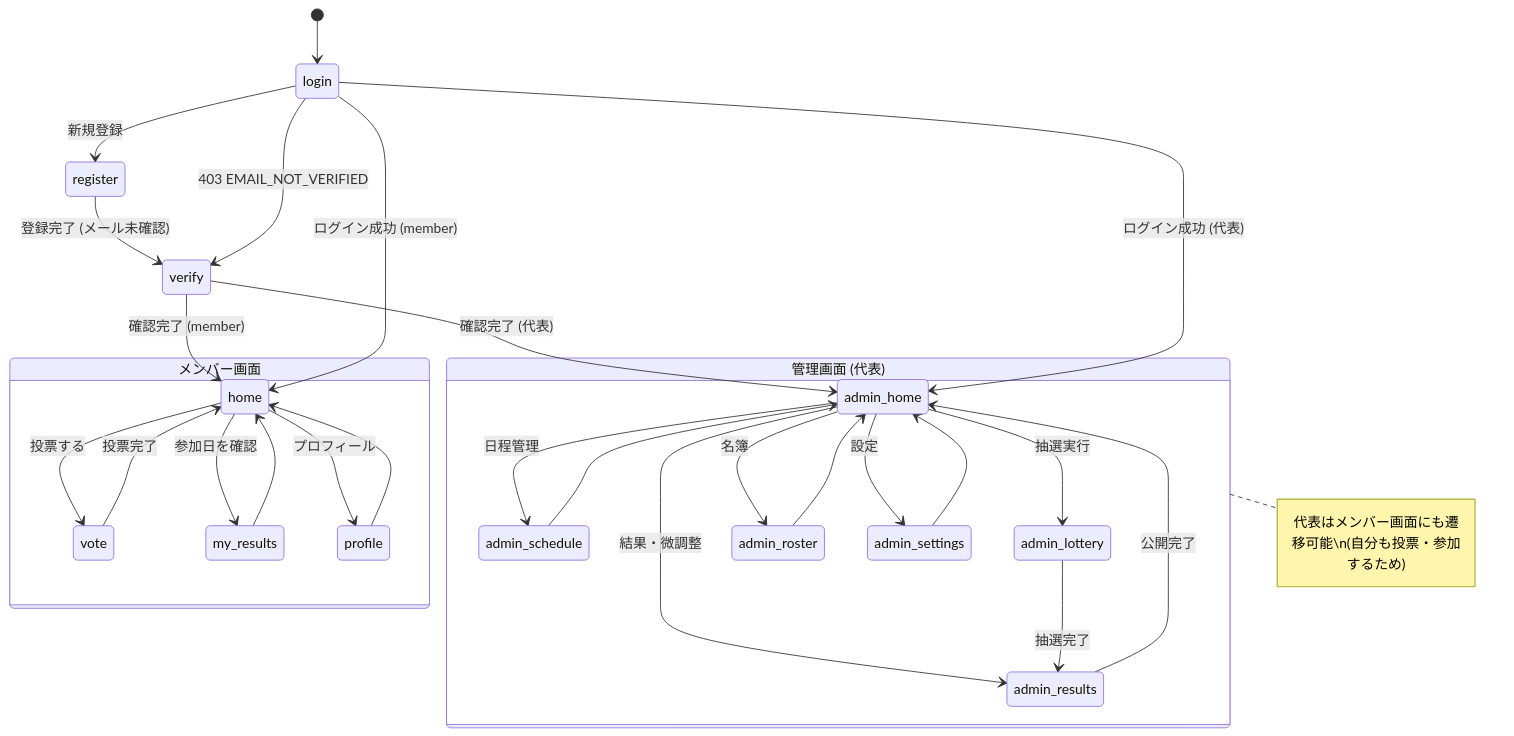
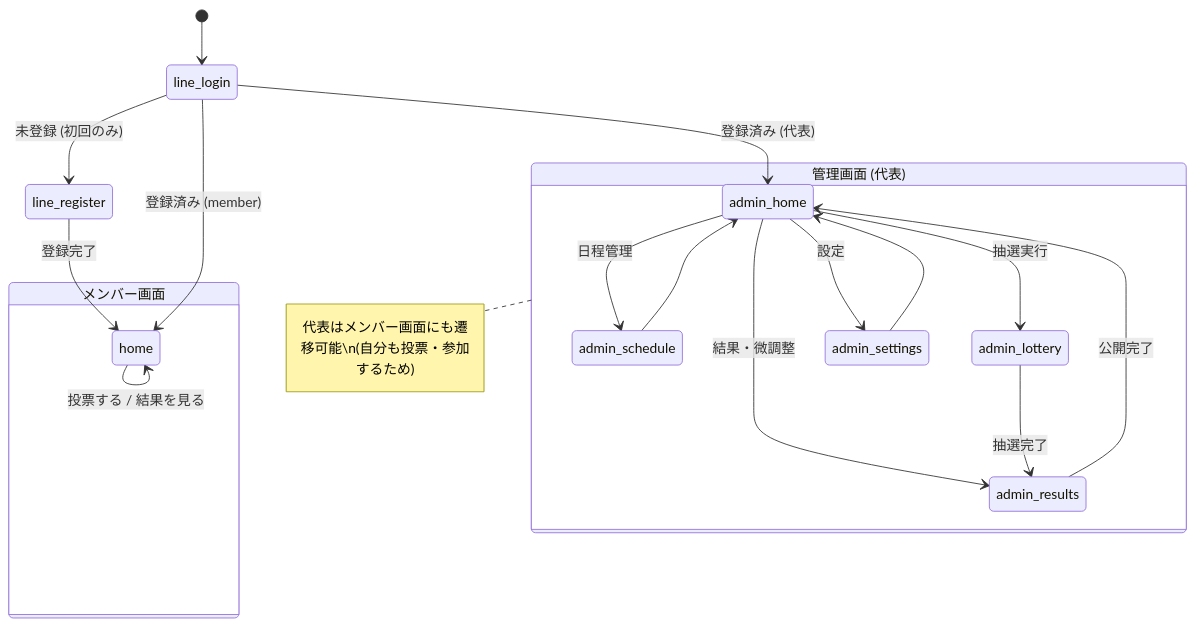
The diagram in specification/docs/ui-design/index.md (maruyama0124/lottery-system), drawn with Mermaid before and after one commit. The commit also changed other lines of this file and 52 other files, not shown here.

````diff
--- a/specification/docs/ui-design/index.md
+++ b/specification/docs/ui-design/index.md
@@ -43,35 +39,25 @@
 ```mermaid
 stateDiagram-v2
-    [*] --> login
-    login --> register: 新規登録
-    register --> verify: 登録完了 (メール未確認)
-    verify --> home: 確認完了 (member)
-    verify --> admin_home: 確認完了 (代表)
-    login --> verify: 403 EMAIL_NOT_VERIFIED
-    login --> home: ログイン成功 (member)
-    login --> admin_home: ログイン成功 (代表)
+    [*] --> line_login
+    line_login --> line_register: 未登録 (初回のみ)
+    line_register --> home: 登録完了
+    line_login --> home: 登録済み (member)
+    line_login --> admin_home: 登録済み (代表)
 
     state "メンバー画面" as member {
-        home --> vote: 投票する
-        home --> my_results: 参加日を確認
-        home --> profile: プロフィール
-        vote --> home: 投票完了
-        my_results --> home
-        profile --> home
+        home --> home: 投票する / 結果を見る
     }
 
     state "管理画面 (代表)" as admin {
         admin_home --> admin_schedule: 日程管理
         admin_home --> admin_lottery: 抽選実行
         admin_home --> admin_results: 結果・微調整
-        admin_home --> admin_roster: 名簿
         admin_home --> admin_settings: 設定
         admin_schedule --> admin_home
         admin_lottery --> admin_results: 抽選完了
         admin_results --> admin_home: 公開完了
-        admin_roster --> admin_home
         admin_settings --> admin_home
     }
 
     note right of admin: 代表はメンバー画面にも遷移可能\n(自分も投票・参加するため)
 ```
````
